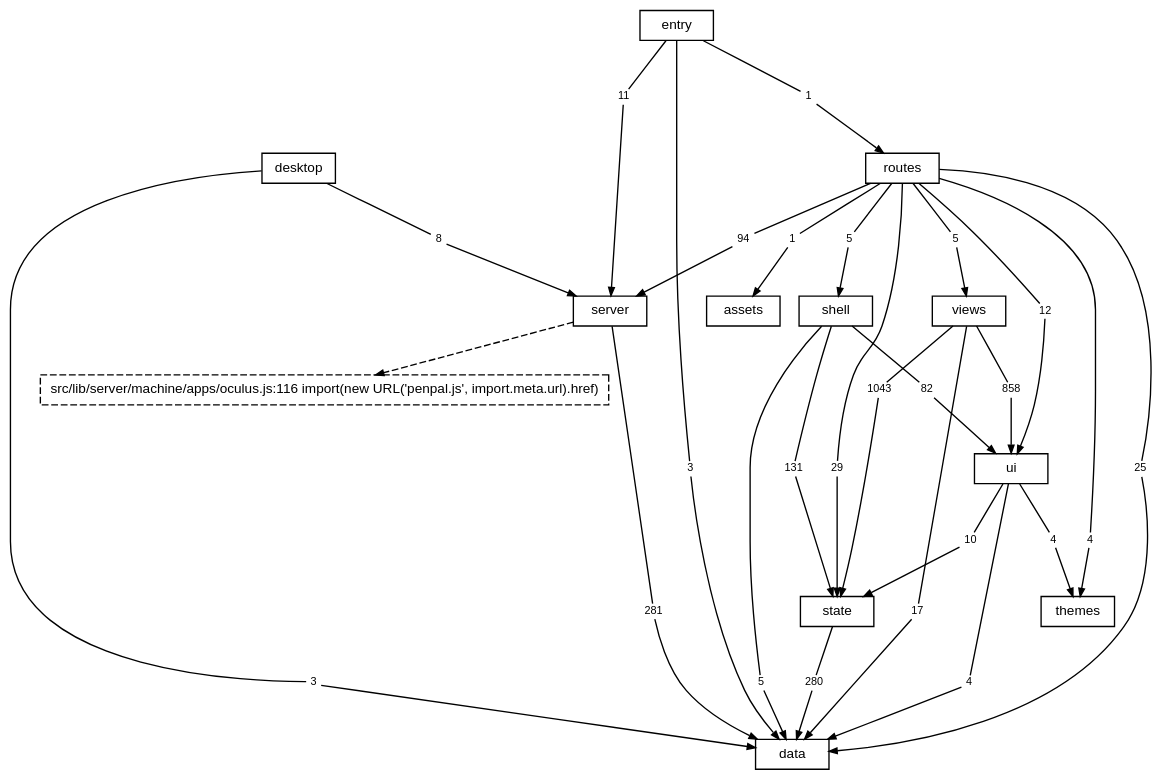
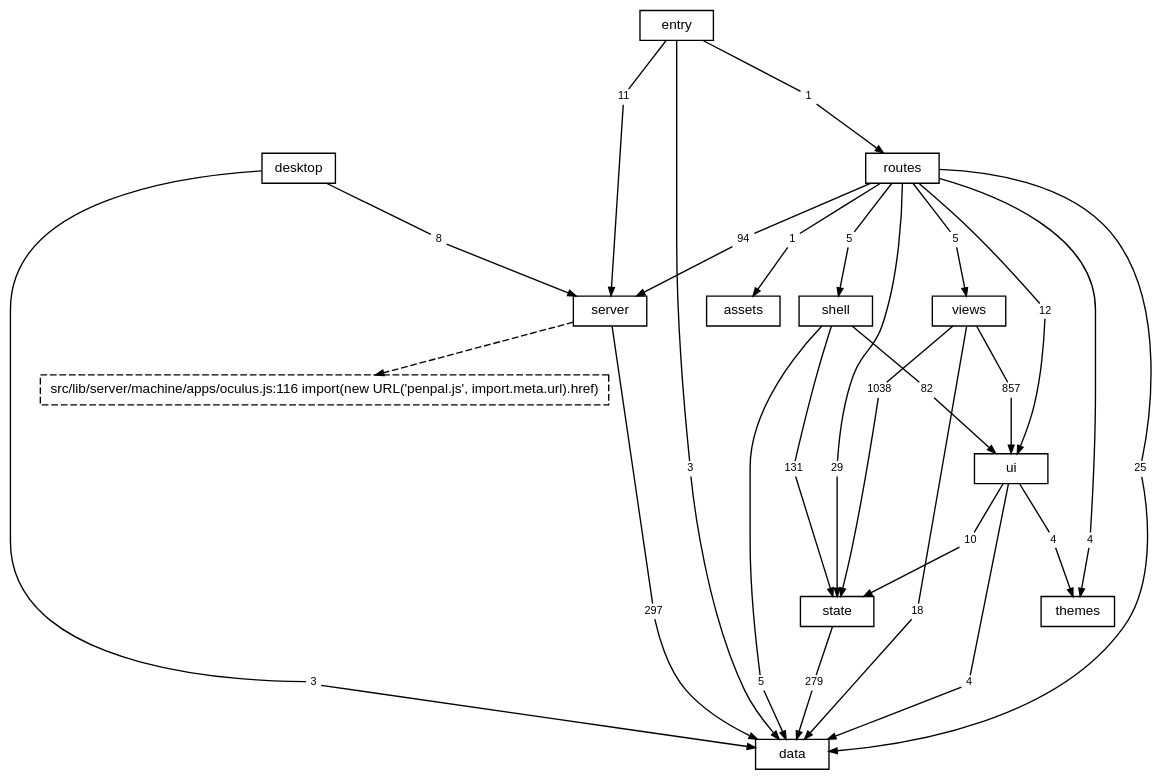
One commit to TheAxeC/oculus changed the diagram in docs/diagrams/layers.dot. Above: the diagram before and after it, drawn with Graphviz. The commit also changed 153 other files, not shown here.

```diff
--- a/docs/diagrams/layers.dot
+++ b/docs/diagrams/layers.dot
@@ -1,90 +1,90 @@
 digraph layers {
     graph [bgcolor="transparent", rankdir=TB, newrank=true, fontname="Helvetica,Arial,sans-serif", fontsize=12, nodesep=0.2, ranksep=0.5];
     node [shape=box, color="black", fontcolor="black", fontname="Helvetica,Arial,sans-serif", fontsize=10, height=0.3, margin="0.12,0.04"];
     edge [color="black", fontcolor="black", fontname="Helvetica,Arial,sans-serif", fontsize=8, arrowsize=0.6];
     "data";
     "server";
     "state";
     "ui";
     "shell";
     "views";
     "themes";
     "routes";
     "desktop";
     "src" [label="entry"];
     "files: assets" [label="assets"];
     "? src/lib/server/machine/apps/oculus.js:116" [label="src/lib/server/machine/apps/oculus.js:116 import(new URL('penpal.js', import.meta.url).href)", style=dashed];
     "desktop to data" [label="3", shape=box, color="transparent", fontsize=8, width=0, height=0, margin="0.04,0.02"];
     "desktop" -> "desktop to data" [arrowhead=none];
     "desktop to data" -> "data" [];
     "desktop to server" [label="8", shape=box, color="transparent", fontsize=8, width=0, height=0, margin="0.04,0.02"];
     "desktop" -> "desktop to server" [arrowhead=none];
     "desktop to server" -> "server" [];
     "routes to data" [label="25", shape=box, color="transparent", fontsize=8, width=0, height=0, margin="0.04,0.02"];
     "routes" -> "routes to data" [arrowhead=none];
     "routes to data" -> "data" [];
     "routes to files: assets" [label="1", shape=box, color="transparent", fontsize=8, width=0, height=0, margin="0.04,0.02"];
     "routes" -> "routes to files: assets" [arrowhead=none];
     "routes to files: assets" -> "files: assets" [];
     "routes to server" [label="94", shape=box, color="transparent", fontsize=8, width=0, height=0, margin="0.04,0.02"];
     "routes" -> "routes to server" [arrowhead=none];
     "routes to server" -> "server" [];
     "routes to shell" [label="5", shape=box, color="transparent", fontsize=8, width=0, height=0, margin="0.04,0.02"];
     "routes" -> "routes to shell" [arrowhead=none];
     "routes to shell" -> "shell" [];
     "routes to state" [label="29", shape=box, color="transparent", fontsize=8, width=0, height=0, margin="0.04,0.02"];
     "routes" -> "routes to state" [arrowhead=none];
     "routes to state" -> "state" [];
     "routes to themes" [label="4", shape=box, color="transparent", fontsize=8, width=0, height=0, margin="0.04,0.02"];
     "routes" -> "routes to themes" [arrowhead=none];
     "routes to themes" -> "themes" [];
     "routes to ui" [label="12", shape=box, color="transparent", fontsize=8, width=0, height=0, margin="0.04,0.02"];
     "routes" -> "routes to ui" [arrowhead=none];
     "routes to ui" -> "ui" [];
     "routes to views" [label="5", shape=box, color="transparent", fontsize=8, width=0, height=0, margin="0.04,0.02"];
     "routes" -> "routes to views" [arrowhead=none];
     "routes to views" -> "views" [];
-    "server to data" [label="281", shape=box, color="transparent", fontsize=8, width=0, height=0, margin="0.04,0.02"];
+    "server to data" [label="297", shape=box, color="transparent", fontsize=8, width=0, height=0, margin="0.04,0.02"];
     "server" -> "server to data" [arrowhead=none];
     "server to data" -> "data" [];
     "shell to data" [label="5", shape=box, color="transparent", fontsize=8, width=0, height=0, margin="0.04,0.02"];
     "shell" -> "shell to data" [arrowhead=none];
     "shell to data" -> "data" [];
     "shell to state" [label="131", shape=box, color="transparent", fontsize=8, width=0, height=0, margin="0.04,0.02"];
     "shell" -> "shell to state" [arrowhead=none];
     "shell to state" -> "state" [];
     "shell to ui" [label="82", shape=box, color="transparent", fontsize=8, width=0, height=0, margin="0.04,0.02"];
     "shell" -> "shell to ui" [arrowhead=none];
     "shell to ui" -> "ui" [];
     "src to data" [label="3", shape=box, color="transparent", fontsize=8, width=0, height=0, margin="0.04,0.02"];
     "src" -> "src to data" [arrowhead=none];
     "src to data" -> "data" [];
     "src to routes" [label="1", shape=box, color="transparent", fontsize=8, width=0, height=0, margin="0.04,0.02"];
     "src" -> "src to routes" [arrowhead=none];
     "src to routes" -> "routes" [];
     "src to server" [label="11", shape=box, color="transparent", fontsize=8, width=0, height=0, margin="0.04,0.02"];
     "src" -> "src to server" [arrowhead=none];
     "src to server" -> "server" [];
-    "state to data" [label="280", shape=box, color="transparent", fontsize=8, width=0, height=0, margin="0.04,0.02"];
+    "state to data" [label="279", shape=box, color="transparent", fontsize=8, width=0, height=0, margin="0.04,0.02"];
     "state" -> "state to data" [arrowhead=none];
     "state to data" -> "data" [];
     "ui to data" [label="4", shape=box, color="transparent", fontsize=8, width=0, height=0, margin="0.04,0.02"];
     "ui" -> "ui to data" [arrowhead=none];
     "ui to data" -> "data" [];
     "ui to state" [label="10", shape=box, color="transparent", fontsize=8, width=0, height=0, margin="0.04,0.02"];
     "ui" -> "ui to state" [arrowhead=none];
     "ui to state" -> "state" [];
     "ui to themes" [label="4", shape=box, color="transparent", fontsize=8, width=0, height=0, margin="0.04,0.02"];
     "ui" -> "ui to themes" [arrowhead=none];
     "ui to themes" -> "themes" [];
-    "views to data" [label="17", shape=box, color="transparent", fontsize=8, width=0, height=0, margin="0.04,0.02"];
+    "views to data" [label="18", shape=box, color="transparent", fontsize=8, width=0, height=0, margin="0.04,0.02"];
     "views" -> "views to data" [arrowhead=none];
     "views to data" -> "data" [];
-    "views to state" [label="1043", shape=box, color="transparent", fontsize=8, width=0, height=0, margin="0.04,0.02"];
+    "views to state" [label="1038", shape=box, color="transparent", fontsize=8, width=0, height=0, margin="0.04,0.02"];
     "views" -> "views to state" [arrowhead=none];
     "views to state" -> "state" [];
-    "views to ui" [label="858", shape=box, color="transparent", fontsize=8, width=0, height=0, margin="0.04,0.02"];
+    "views to ui" [label="857", shape=box, color="transparent", fontsize=8, width=0, height=0, margin="0.04,0.02"];
     "views" -> "views to ui" [arrowhead=none];
     "views to ui" -> "ui" [];
     "server" -> "? src/lib/server/machine/apps/oculus.js:116" [style=dashed];
 }
```
